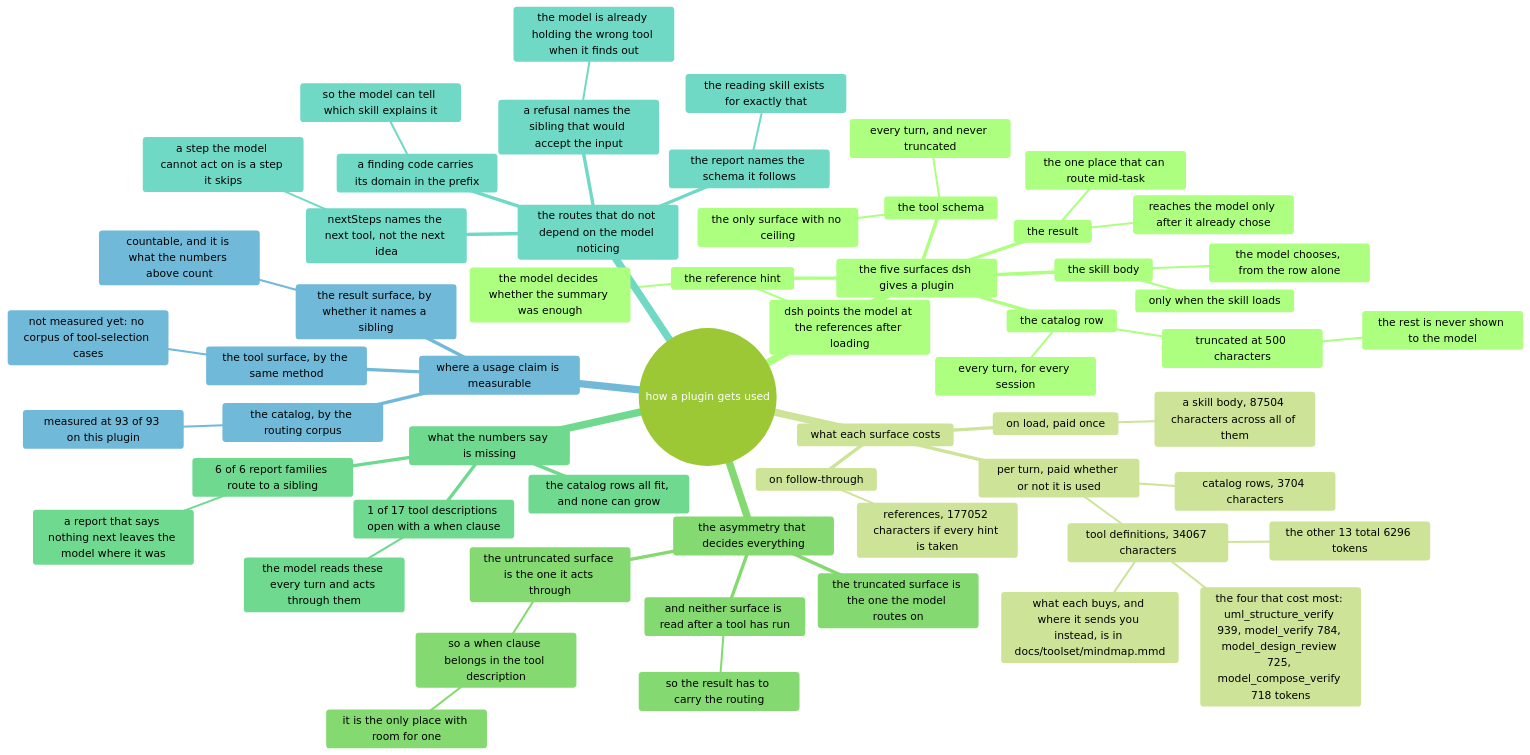
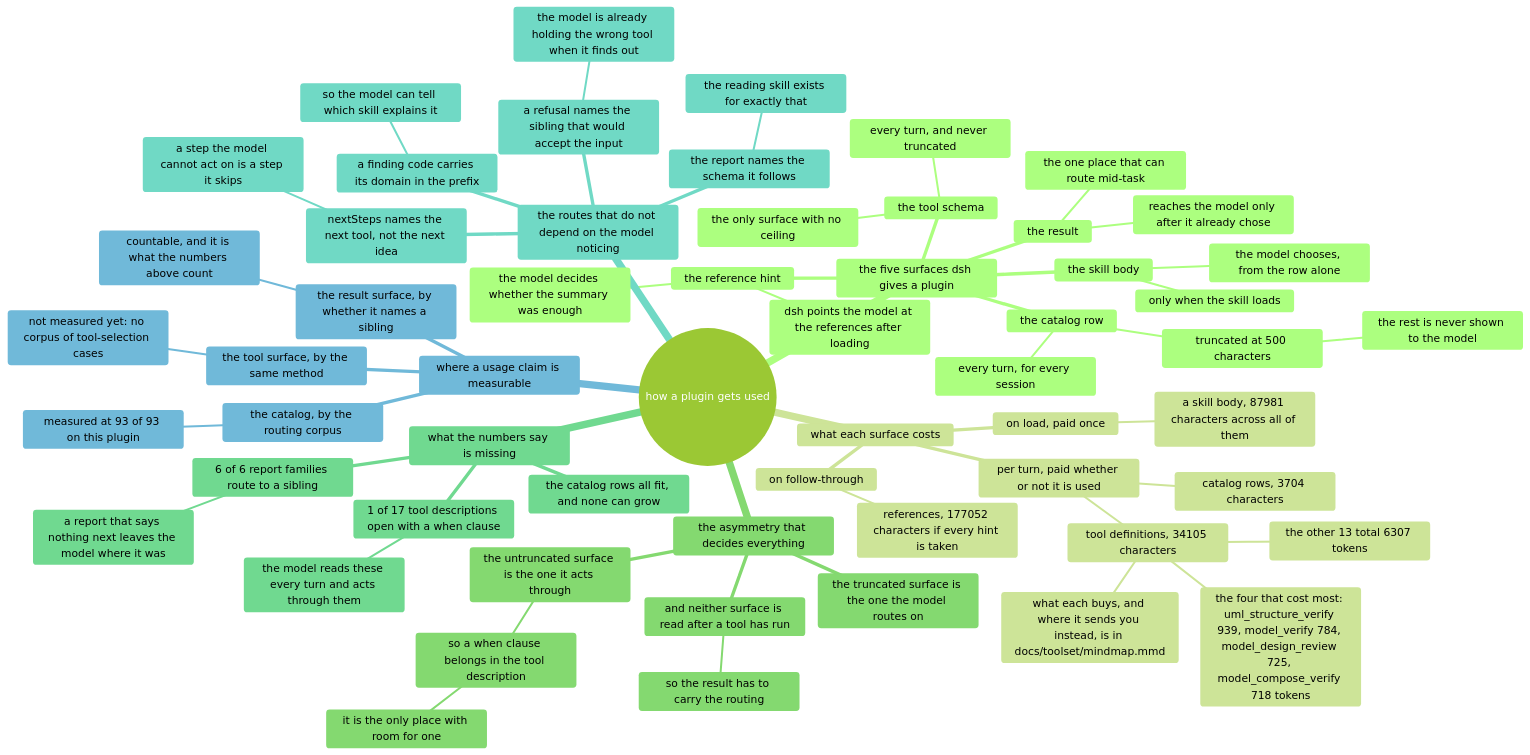
The diagram in docs/usage/mindmap.mmd (AmethystLuna/dsh-model-everything), drawn with Mermaid (forest theme) before and after one commit. The commit also changed 14 other files, not shown here.

First line of the commit message:
docs(diagram): write our own cards in PlantUML

```diff
--- a/docs/usage/mindmap.mmd
+++ b/docs/usage/mindmap.mmd
@@ -1,59 +1,59 @@
 mindmap
 root((how a plugin gets used))
   the five surfaces dsh gives a plugin
     the catalog row
       every turn, for every session
       truncated at 500 characters
         the rest is never shown to the model
     the skill body
       only when the skill loads
       the model chooses, from the row alone
     the reference hint
       dsh points the model at the references after loading
       the model decides whether the summary was enough
     the tool schema
       every turn, and never truncated
       the only surface with no ceiling
     the result
       reaches the model only after it already chose
       the one place that can route mid-task
   what each surface costs
     per turn, paid whether or not it is used
       catalog rows, 3704 characters
-      tool definitions, 34067 characters
+      tool definitions, 34105 characters
         the four that cost most: uml_structure_verify 939, model_verify 784, model_design_review 725, model_compose_verify 718 tokens
-        the other 13 total 6296 tokens
+        the other 13 total 6307 tokens
         what each buys, and where it sends you instead, is in docs/toolset/mindmap.mmd
     on load, paid once
-      a skill body, 87504 characters across all of them
+      a skill body, 87981 characters across all of them
     on follow-through
       references, 177052 characters if every hint is taken
   the asymmetry that decides everything
     the truncated surface is the one the model routes on
     the untruncated surface is the one it acts through
       so a when clause belongs in the tool description
         it is the only place with room for one
     and neither surface is read after a tool has run
       so the result has to carry the routing
   what the numbers say is missing
     1 of 17 tool descriptions open with a when clause
       the model reads these every turn and acts through them
     6 of 6 report families route to a sibling
       a report that says nothing next leaves the model where it was
     the catalog rows all fit, and none can grow
   the routes that do not depend on the model noticing
     a refusal names the sibling that would accept the input
       the model is already holding the wrong tool when it finds out
     nextSteps names the next tool, not the next idea
       a step the model cannot act on is a step it skips
     a finding code carries its domain in the prefix
       so the model can tell which skill explains it
     the report names the schema it follows
       the reading skill exists for exactly that
   where a usage claim is measurable
     the catalog, by the routing corpus
       measured at 93 of 93 on this plugin
     the tool surface, by the same method
       not measured yet: no corpus of tool-selection cases
     the result surface, by whether it names a sibling
       countable, and it is what the numbers above count
```
